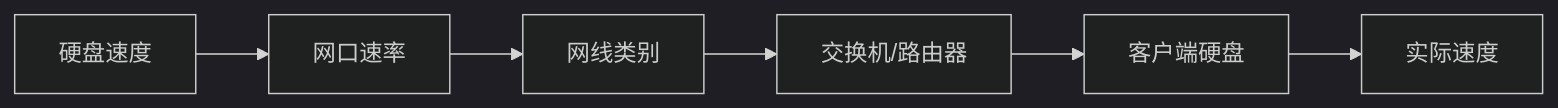
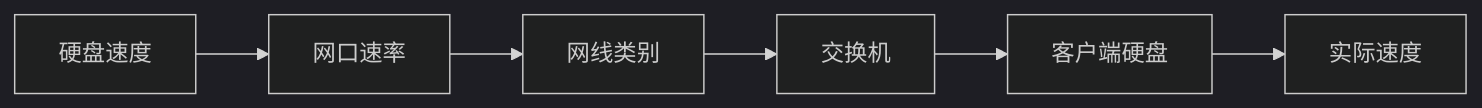
One commit to cv-superding/nas-guide changed the diagram in docs/06-网络与远程访问/6.1-局域网基础.md. Above: the diagram before and after it, drawn with Mermaid (dark theme). The commit also changed other lines of this file and 3 other files, not shown here.

````diff
--- a/docs/06-网络与远程访问/6.1-局域网基础.md
+++ b/docs/06-网络与远程访问/6.1-局域网基础.md
@@ -19,8 +13,4 @@
 ```mermaid
 flowchart LR
-    A[硬盘速度] --> B[网口速率]
-    B --> C[网线类别]
-    C --> D[交换机/路由器]
-    D --> E[客户端硬盘]
-    E --> F[实际速度]
+    A[硬盘速度] --> B[网口速率] --> C[网线类别] --> D[交换机] --> E[客户端硬盘] --> F[实际速度]
 ```
````
